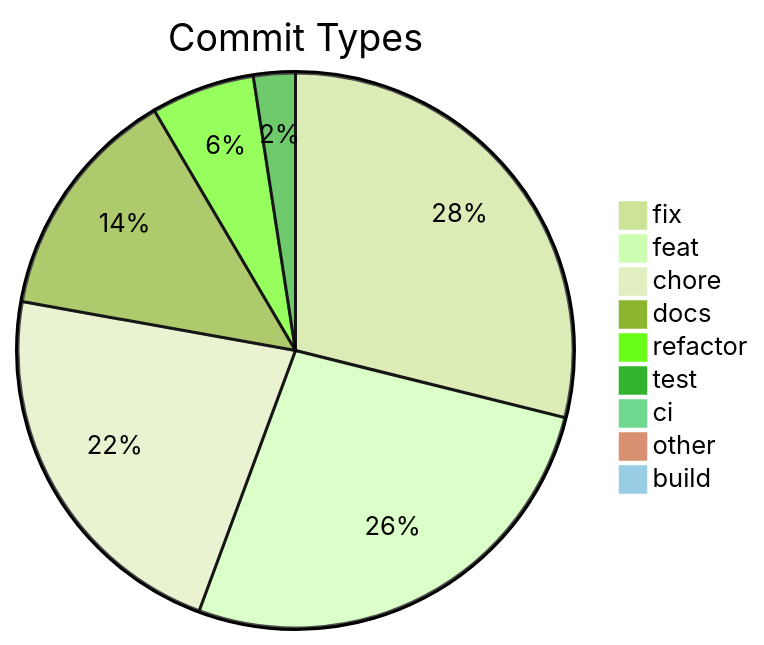
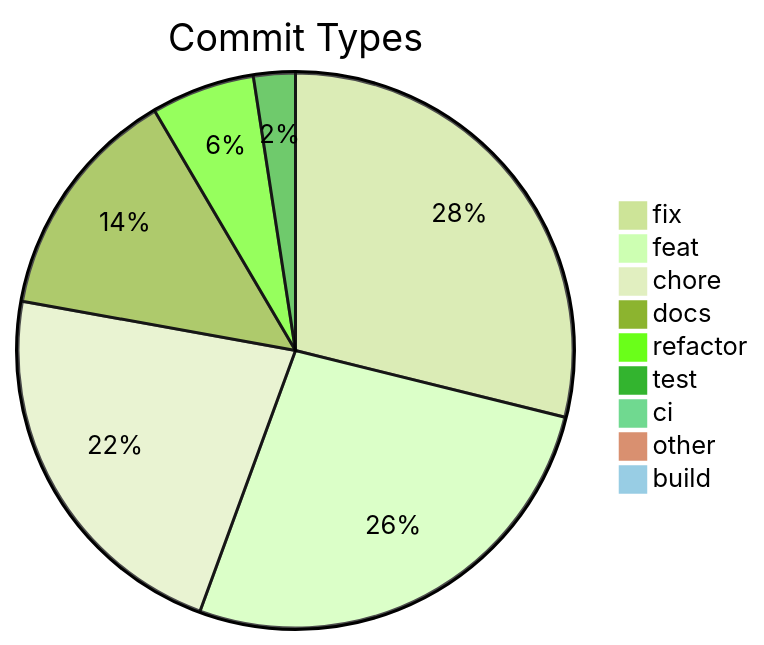
One commit to svenroth-ai/shipwright changed the diagram in .shipwright/compliance/change-history.md. Above: the diagram before and after it, drawn with Mermaid (forest theme). The commit also changed other lines of this file and 25 other files, not shown here.

````diff
--- a/.shipwright/compliance/change-history.md
+++ b/.shipwright/compliance/change-history.md
@@ -8,12 +8,12 @@
 ```mermaid
 pie title Commit Types
     "fix" : 297
     "feat" : 275
-    "chore" : 228
+    "chore" : 229
     "docs" : 141
     "refactor" : 62
     "test" : 25
     "ci" : 7
     "other" : 7
     "build" : 1
 ```
````
